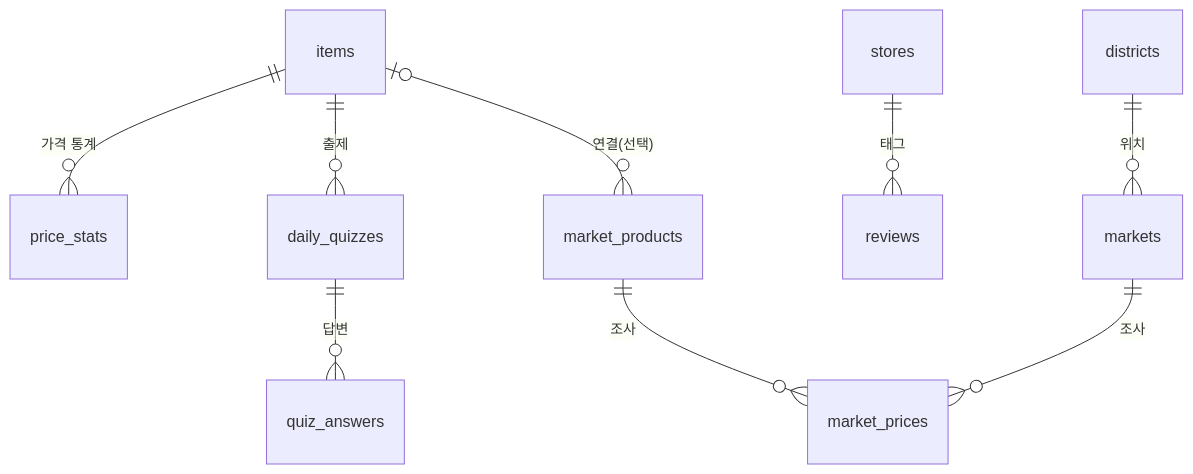
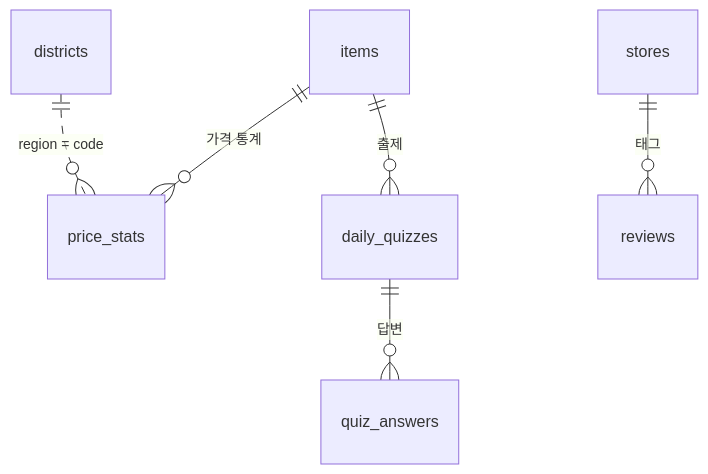
The diagram in docs/DB_DESIGN.md (ku-inthon-team08/WonSense), drawn with Mermaid before and after one commit. The commit also changed other lines of this file and 5 other files, not shown here.

First line of the commit message:
Fix heatmap ingest data issues and unify on price_stats design

````diff
--- a/docs/DB_DESIGN.md
+++ b/docs/DB_DESIGN.md
@@ -14,11 +16,8 @@
 ```mermaid
 erDiagram
     items ||--o{ price_stats : "가격 통계"
     items ||--o{ daily_quizzes : "출제"
     daily_quizzes ||--o{ quiz_answers : "답변"
     stores ||--o{ reviews : "태그"
-    items |o--o{ market_products : "연결(선택)"
-    districts ||--o{ markets : "위치"
-    markets ||--o{ market_prices : "조사"
-    market_products ||--o{ market_prices : "조사"
+    districts ||..o{ price_stats : "region = code"
 ```
````
